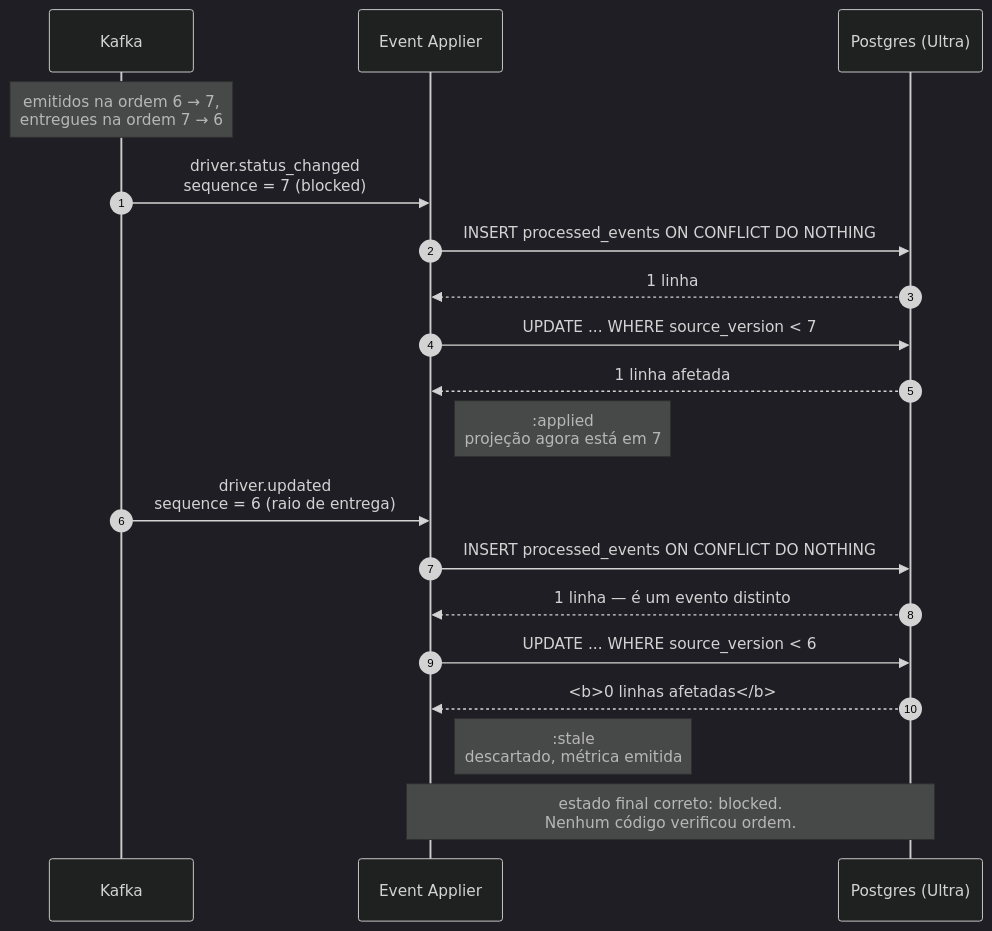
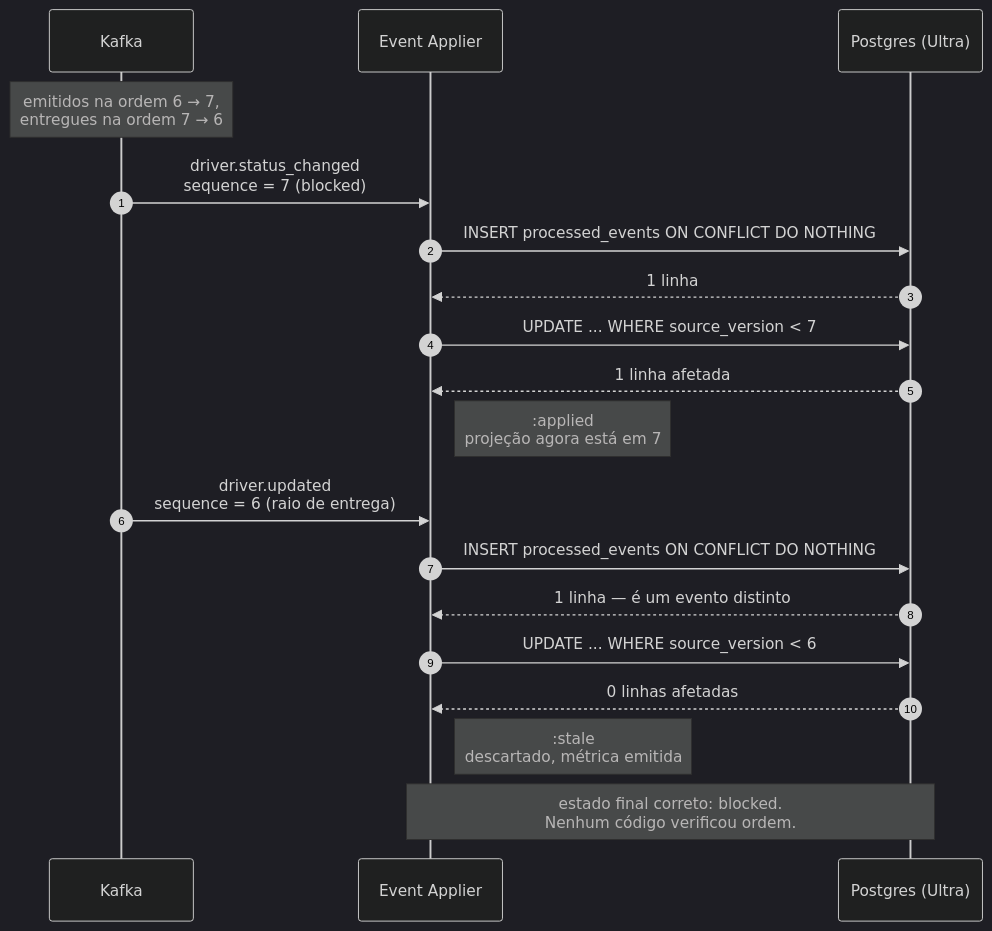
One commit to elysonromeiro/luizalabs-driver-sync-sdd changed the fourth of 6 diagrams in docs/01-arquitetura.md. Above: the diagram before and after it, drawn with Mermaid (dark theme). The commit also changed other lines of this file and 5 other files, not shown here.

````diff
--- a/docs/01-arquitetura.md
+++ b/docs/01-arquitetura.md
@@ -177,25 +177,25 @@
 ```mermaid
 sequenceDiagram
     autonumber
     participant K as Kafka
     participant A as Event Applier
     participant PG as Postgres (Ultra)
 
     Note over K: emitidos na ordem 6 → 7,<br/>entregues na ordem 7 → 6
 
     K->>A: driver.status_changed<br/>sequence = 7 (blocked)
     A->>PG: INSERT processed_events ON CONFLICT DO NOTHING
     PG-->>A: 1 linha
     A->>PG: UPDATE ... WHERE source_version < 7
     PG-->>A: 1 linha afetada
     Note right of A: :applied<br/>projeção agora está em 7
 
     K->>A: driver.updated<br/>sequence = 6 (raio de entrega)
     A->>PG: INSERT processed_events ON CONFLICT DO NOTHING
     PG-->>A: 1 linha — é um evento distinto
     A->>PG: UPDATE ... WHERE source_version < 6
-    PG-->>A: <b>0 linhas afetadas</b>
+    PG-->>A: 0 linhas afetadas
     Note right of A: :stale<br/>descartado, métrica emitida
 
     Note over A,PG: estado final correto: blocked.<br/>Nenhum código verificou ordem.
 ```
````
